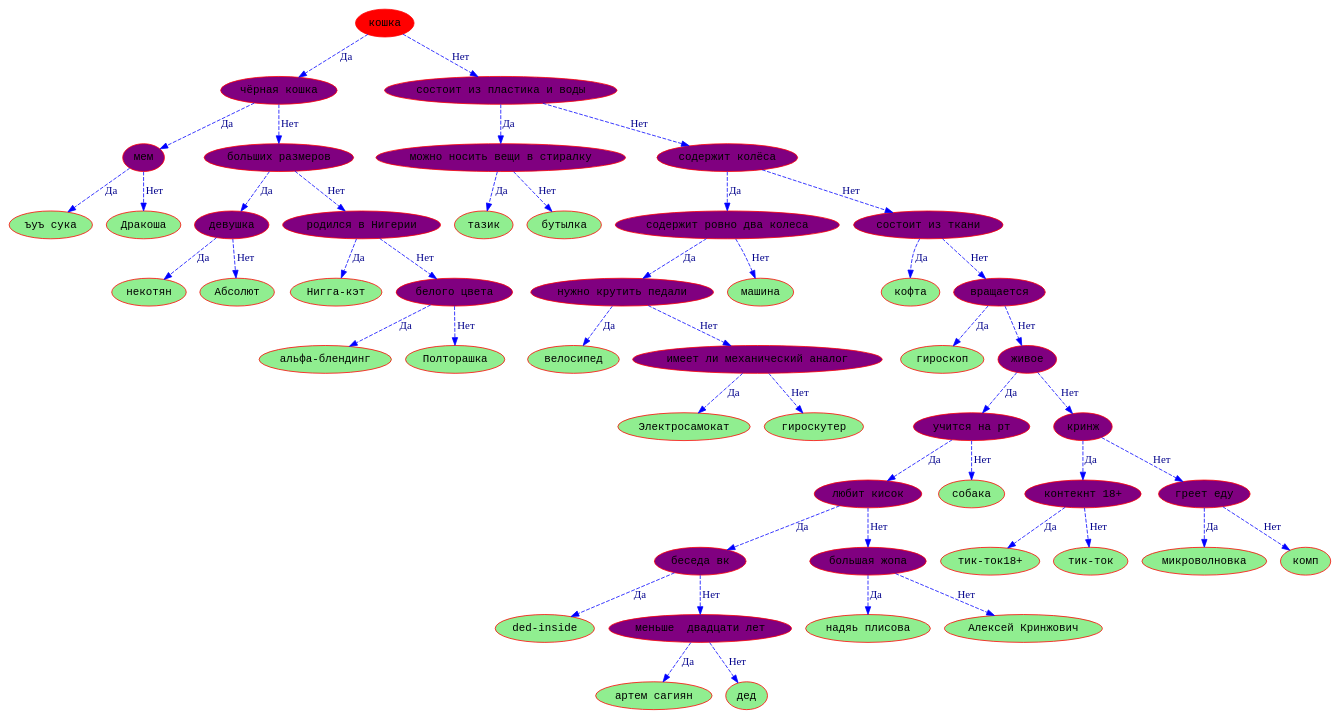
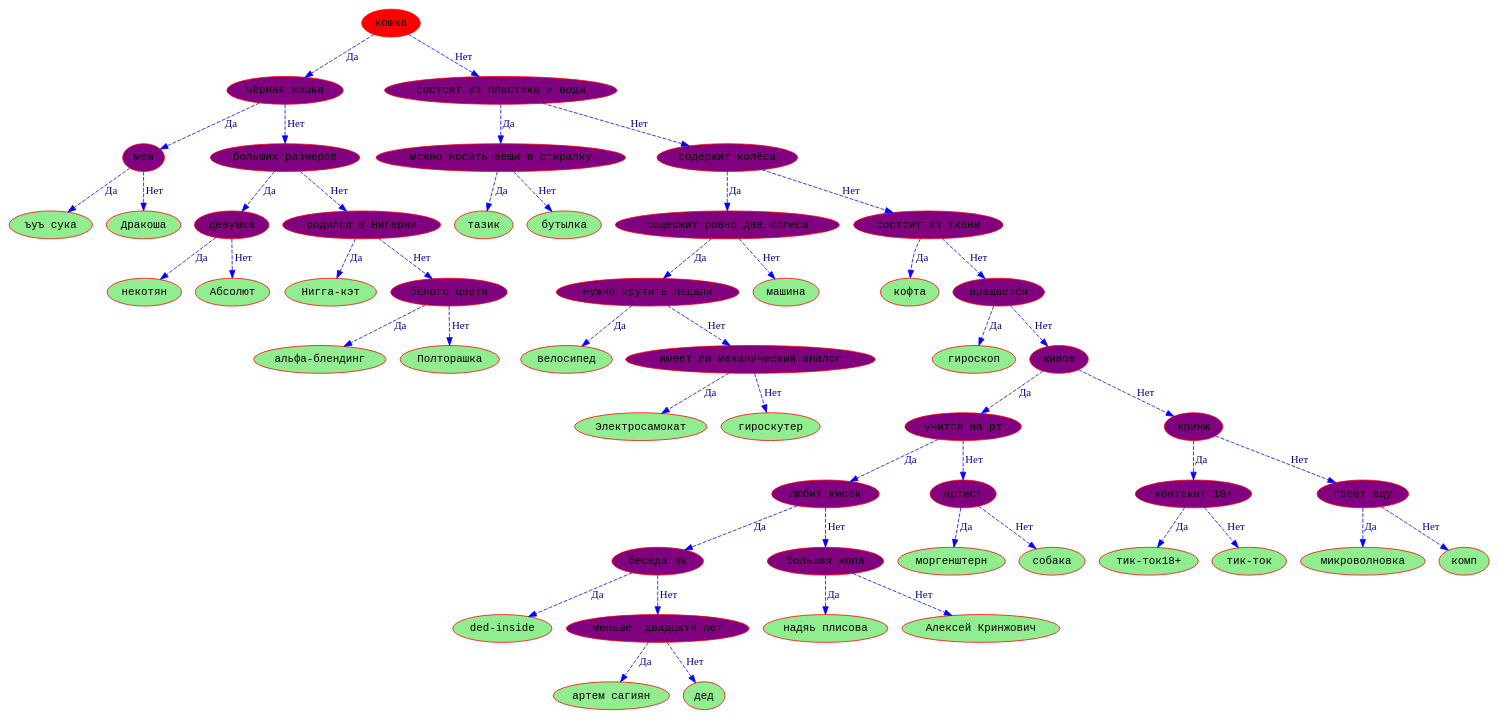
Before and after one commit to Hollbrok/Akinator: the diagram in DOWNLOAD TO PLAY/beauty_tree.dot, drawn with Graphviz. The commit also changed 2 other files, not shown here.

Commit message:
ADD 2 regime of playing: PLAY CONSOLE.exe and PLAY GRAPHIC.exe

```diff
--- a/DOWNLOAD TO PLAY/beauty_tree.dot
+++ b/DOWNLOAD TO PLAY/beauty_tree.dot
@@ -1,101 +1,105 @@
 digraph akinator {
 node [color = Red, fontname = Courier, style = filled, shape=ellipse, fillcolor = purple]
 edge [color = Blue, style=dashed]
-"00E8F750" [label = "ъуъ сука",style = filled, fillcolor = lightgreen] 
-"00E8F708" -> "00E8F750" [label="Да", fontcolor=darkblue]
-"00E8F3A8" [label = "Дракоша",style = filled, fillcolor = lightgreen] 
-"00E8F708" -> "00E8F3A8" [label="Нет", fontcolor=darkblue]
-"00E8F708" [label = "мем",style = filled, fillcolor = purple] 
-"00E8F360" -> "00E8F708" [label="Да", fontcolor=darkblue]
-"00E8F7E0" [label = "некотян",style = filled, fillcolor = lightgreen] 
-"00E8F510" -> "00E8F7E0" [label="Да", fontcolor=darkblue]
-"00E8F5E8" [label = "Абсолют",style = filled, fillcolor = lightgreen] 
-"00E8F510" -> "00E8F5E8" [label="Нет", fontcolor=darkblue]
-"00E8F510" [label = "девушка",style = filled, fillcolor = purple] 
-"00E8F630" -> "00E8F510" [label="Да", fontcolor=darkblue]
-"00E8F6C0" [label = "Нигга-кэт",style = filled, fillcolor = lightgreen] 
-"00E8F678" -> "00E8F6C0" [label="Да", fontcolor=darkblue]
-"00E8F480" [label = "альфа-блендинг",style = filled, fillcolor = lightgreen] 
-"00E8F828" -> "00E8F480" [label="Да", fontcolor=darkblue]
-"00E8F870" [label = "Полторашка",style = filled, fillcolor = lightgreen] 
-"00E8F828" -> "00E8F870" [label="Нет", fontcolor=darkblue]
-"00E8F828" [label = "белого цвета",style = filled, fillcolor = purple] 
-"00E8F678" -> "00E8F828" [label="Нет", fontcolor=darkblue]
-"00E8F678" [label = "родился в Нигерии",style = filled, fillcolor = purple] 
-"00E8F630" -> "00E8F678" [label="Нет", fontcolor=darkblue]
-"00E8F630" [label = "больших размеров",style = filled, fillcolor = purple] 
-"00E8F360" -> "00E8F630" [label="Нет", fontcolor=darkblue]
-"00E8F360" [label = "чёрная кошка",style = filled, fillcolor = purple] 
-"00E86418" -> "00E8F360" [label="Да", fontcolor=darkblue]
-"00E75FC8" [label = "тазик",style = filled, fillcolor = lightgreen] 
-"00E86C40" -> "00E75FC8" [label="Да", fontcolor=darkblue]
-"00E86CD0" [label = "бутылка",style = filled, fillcolor = lightgreen] 
-"00E86C40" -> "00E86CD0" [label="Нет", fontcolor=darkblue]
-"00E86C40" [label = "можно носить вещи в стиралку",style = filled, fillcolor = purple] 
-"00E86850" -> "00E86C40" [label="Да", fontcolor=darkblue]
-"00E86A48" [label = "велосипед",style = filled, fillcolor = lightgreen] 
-"00E869B8" -> "00E86A48" [label="Да", fontcolor=darkblue]
-"00E86A00" [label = "Электросамокат",style = filled, fillcolor = lightgreen] 
-"00E86BB0" -> "00E86A00" [label="Да", fontcolor=darkblue]
-"00E86BF8" [label = "гироскутер",style = filled, fillcolor = lightgreen] 
-"00E86BB0" -> "00E86BF8" [label="Нет", fontcolor=darkblue]
-"00E86BB0" [label = "имеет ли механический аналог",style = filled, fillcolor = purple] 
-"00E869B8" -> "00E86BB0" [label="Нет", fontcolor=darkblue]
-"00E869B8" [label = "нужно крутить педали",style = filled, fillcolor = purple] 
-"00E86E80" -> "00E869B8" [label="Да", fontcolor=darkblue]
-"00E86EC8" [label = "машина",style = filled, fillcolor = lightgreen] 
-"00E86E80" -> "00E86EC8" [label="Нет", fontcolor=darkblue]
-"00E86E80" [label = "содержит ровно два колеса",style = filled, fillcolor = purple] 
-"00E86100" -> "00E86E80" [label="Да", fontcolor=darkblue]
-"00E86DF0" [label = "кофта",style = filled, fillcolor = lightgreen] 
-"00E86220" -> "00E86DF0" [label="Да", fontcolor=darkblue]
-"00E86928" [label = "гироскоп",style = filled, fillcolor = lightgreen] 
-"00E86538" -> "00E86928" [label="Да", fontcolor=darkblue]
-"00E86E38" [label = "ded-inside",style = filled, fillcolor = lightgreen] 
-"00E86FA0" -> "00E86E38" [label="Да", fontcolor=darkblue]
-"00E86F10" [label = "артем сагиян",style = filled, fillcolor = lightgreen] 
-"00E86DA8" -> "00E86F10" [label="Да", fontcolor=darkblue]
-"00E86C88" [label = "дед",style = filled, fillcolor = lightgreen] 
-"00E86DA8" -> "00E86C88" [label="Нет", fontcolor=darkblue]
-"00E86DA8" [label = "меньше  двадцати лет",style = filled, fillcolor = purple] 
-"00E86FA0" -> "00E86DA8" [label="Нет", fontcolor=darkblue]
-"00E86FA0" [label = "беседа вк",style = filled, fillcolor = purple] 
-"00E86970" -> "00E86FA0" [label="Да", fontcolor=darkblue]
-"00E86B68" [label = "надяь плисова",style = filled, fillcolor = lightgreen] 
-"00E86B20" -> "00E86B68" [label="Да", fontcolor=darkblue]
-"00E86D60" [label = "Алексей Кринжович",style = filled, fillcolor = lightgreen] 
-"00E86B20" -> "00E86D60" [label="Нет", fontcolor=darkblue]
-"00E86B20" [label = "большая жопа",style = filled, fillcolor = purple] 
-"00E86970" -> "00E86B20" [label="Нет", fontcolor=darkblue]
-"00E86970" [label = "любит кисок",style = filled, fillcolor = purple] 
-"00E86AD8" -> "00E86970" [label="Да", fontcolor=darkblue]
-"00E86F58" [label = "собака",style = filled, fillcolor = lightgreen] 
-"00E86AD8" -> "00E86F58" [label="Нет", fontcolor=darkblue]
-"00E86AD8" [label = "учится на рт",style = filled, fillcolor = purple] 
-"00E86070" -> "00E86AD8" [label="Да", fontcolor=darkblue]
-"00E86A90" [label = "тик-ток18+",style = filled, fillcolor = lightgreen] 
-"00E86190" -> "00E86A90" [label="Да", fontcolor=darkblue]
-"00E86D18" [label = "тик-ток",style = filled, fillcolor = lightgreen] 
-"00E86190" -> "00E86D18" [label="Нет", fontcolor=darkblue]
-"00E86190" [label = "контекнт 18+",style = filled, fillcolor = purple] 
-"00E86898" -> "00E86190" [label="Да", fontcolor=darkblue]
-"00E86148" [label = "микроволновка",style = filled, fillcolor = lightgreen] 
-"00E868E0" -> "00E86148" [label="Да", fontcolor=darkblue]
-"00E860B8" [label = "комп",style = filled, fillcolor = lightgreen] 
-"00E868E0" -> "00E860B8" [label="Нет", fontcolor=darkblue]
-"00E868E0" [label = "греет еду",style = filled, fillcolor = purple] 
-"00E86898" -> "00E868E0" [label="Нет", fontcolor=darkblue]
-"00E86898" [label = "кринж",style = filled, fillcolor = purple] 
-"00E86070" -> "00E86898" [label="Нет", fontcolor=darkblue]
-"00E86070" [label = "живое",style = filled, fillcolor = purple] 
-"00E86538" -> "00E86070" [label="Нет", fontcolor=darkblue]
-"00E86538" [label = "вращается",style = filled, fillcolor = purple] 
-"00E86220" -> "00E86538" [label="Нет", fontcolor=darkblue]
-"00E86220" [label = "состоит из ткани",style = filled, fillcolor = purple] 
-"00E86100" -> "00E86220" [label="Нет", fontcolor=darkblue]
-"00E86100" [label = "содержит колёса",style = filled, fillcolor = purple] 
-"00E86850" -> "00E86100" [label="Нет", fontcolor=darkblue]
-"00E86850" [label = "состоит из пластика и воды",style = filled, fillcolor = purple] 
-"00E86418" -> "00E86850" [label="Нет", fontcolor=darkblue]
-"00E86418" [label = "кошка",style = filled, fillcolor = red] 
+"00956C40" [label = "ъуъ сука",style = filled, fillcolor = lightgreen] 
+"00957108" -> "00956C40" [label="Да", fontcolor=darkblue]
+"00957468" [label = "Дракоша",style = filled, fillcolor = lightgreen] 
+"00957108" -> "00957468" [label="Нет", fontcolor=darkblue]
+"00957108" [label = "мем",style = filled, fillcolor = purple] 
+"009572B8" -> "00957108" [label="Да", fontcolor=darkblue]
+"00956D18" [label = "некотян",style = filled, fillcolor = lightgreen] 
+"00957300" -> "00956D18" [label="Да", fontcolor=darkblue]
+"00956FA0" [label = "Абсолют",style = filled, fillcolor = lightgreen] 
+"00957300" -> "00956FA0" [label="Нет", fontcolor=darkblue]
+"00957300" [label = "девушка",style = filled, fillcolor = purple] 
+"009574B0" -> "00957300" [label="Да", fontcolor=darkblue]
+"009571E0" [label = "Нигга-кэт",style = filled, fillcolor = lightgreen] 
+"009573D8" -> "009571E0" [label="Да", fontcolor=darkblue]
+"00957420" [label = "альфа-блендинг",style = filled, fillcolor = lightgreen] 
+"00957270" -> "00957420" [label="Да", fontcolor=darkblue]
+"009570C0" [label = "Полторашка",style = filled, fillcolor = lightgreen] 
+"00957270" -> "009570C0" [label="Нет", fontcolor=darkblue]
+"00957270" [label = "белого цвета",style = filled, fillcolor = purple] 
+"009573D8" -> "00957270" [label="Нет", fontcolor=darkblue]
+"009573D8" [label = "родился в Нигерии",style = filled, fillcolor = purple] 
+"009574B0" -> "009573D8" [label="Нет", fontcolor=darkblue]
+"009574B0" [label = "больших размеров",style = filled, fillcolor = purple] 
+"009572B8" -> "009574B0" [label="Нет", fontcolor=darkblue]
+"009572B8" [label = "чёрная кошка",style = filled, fillcolor = purple] 
+"0094B4A8" -> "009572B8" [label="Да", fontcolor=darkblue]
+"00957390" [label = "тазик",style = filled, fillcolor = lightgreen] 
+"00957348" -> "00957390" [label="Да", fontcolor=darkblue]
+"00956CD0" [label = "бутылка",style = filled, fillcolor = lightgreen] 
+"00957348" -> "00956CD0" [label="Нет", fontcolor=darkblue]
+"00957348" [label = "можно носить вещи в стиралку",style = filled, fillcolor = purple] 
+"0094B100" -> "00957348" [label="Да", fontcolor=darkblue]
+"0093BE08" [label = "велосипед",style = filled, fillcolor = lightgreen] 
+"0094BBF8" -> "0093BE08" [label="Да", fontcolor=darkblue]
+"0094BC88" [label = "Электросамокат",style = filled, fillcolor = lightgreen] 
+"0094BA90" -> "0094BC88" [label="Да", fontcolor=darkblue]
+"0094BDF0" [label = "гироскутер",style = filled, fillcolor = lightgreen] 
+"0094BA90" -> "0094BDF0" [label="Нет", fontcolor=darkblue]
+"0094BA90" [label = "имеет ли механический аналог",style = filled, fillcolor = purple] 
+"0094BBF8" -> "0094BA90" [label="Нет", fontcolor=darkblue]
+"0094BBF8" [label = "нужно крутить педали",style = filled, fillcolor = purple] 
+"0094BA48" -> "0094BBF8" [label="Да", fontcolor=darkblue]
+"0094BDA8" [label = "машина",style = filled, fillcolor = lightgreen] 
+"0094BA48" -> "0094BDA8" [label="Нет", fontcolor=darkblue]
+"0094BA48" [label = "содержит ровно два колеса",style = filled, fillcolor = purple] 
+"0094B418" -> "0094BA48" [label="Да", fontcolor=darkblue]
+"0094BCD0" [label = "кофта",style = filled, fillcolor = lightgreen] 
+"0094B538" -> "0094BCD0" [label="Да", fontcolor=darkblue]
+"0094B970" [label = "гироскоп",style = filled, fillcolor = lightgreen] 
+"0094B5C8" -> "0094B970" [label="Да", fontcolor=darkblue]
+"0094BB68" [label = "ded-inside",style = filled, fillcolor = lightgreen] 
+"0094BF10" -> "0094BB68" [label="Да", fontcolor=darkblue]
+"0094BD60" [label = "артем сагиян",style = filled, fillcolor = lightgreen] 
+"0094B928" -> "0094BD60" [label="Да", fontcolor=darkblue]
+"0094BC40" [label = "дед",style = filled, fillcolor = lightgreen] 
+"0094B928" -> "0094BC40" [label="Нет", fontcolor=darkblue]
+"0094B928" [label = "меньше  двадцати лет",style = filled, fillcolor = purple] 
+"0094BF10" -> "0094B928" [label="Нет", fontcolor=darkblue]
+"0094BF10" [label = "беседа вк",style = filled, fillcolor = purple] 
+"0094BE38" -> "0094BF10" [label="Да", fontcolor=darkblue]
+"0094BEC8" [label = "надяь плисова",style = filled, fillcolor = lightgreen] 
+"0094BE80" -> "0094BEC8" [label="Да", fontcolor=darkblue]
+"0094BA00" [label = "Алексей Кринжович",style = filled, fillcolor = lightgreen] 
+"0094BE80" -> "0094BA00" [label="Нет", fontcolor=darkblue]
+"0094BE80" [label = "большая жопа",style = filled, fillcolor = purple] 
+"0094BE38" -> "0094BE80" [label="Нет", fontcolor=darkblue]
+"0094BE38" [label = "любит кисок",style = filled, fillcolor = purple] 
+"0094BD18" -> "0094BE38" [label="Да", fontcolor=darkblue]
+"0094B8E0" [label = "моргенштерн",style = filled, fillcolor = lightgreen] 
+"0094BAD8" -> "0094B8E0" [label="Да", fontcolor=darkblue]
+"0094B898" [label = "собака",style = filled, fillcolor = lightgreen] 
+"0094BAD8" -> "0094B898" [label="Нет", fontcolor=darkblue]
+"0094BAD8" [label = "артист",style = filled, fillcolor = purple] 
+"0094BD18" -> "0094BAD8" [label="Нет", fontcolor=darkblue]
+"0094BD18" [label = "учится на рт",style = filled, fillcolor = purple] 
+"0094B7C0" -> "0094BD18" [label="Да", fontcolor=darkblue]
+"0094BBB0" [label = "тик-ток18+",style = filled, fillcolor = lightgreen] 
+"0094BB20" -> "0094BBB0" [label="Да", fontcolor=darkblue]
+"0094B9B8" [label = "тик-ток",style = filled, fillcolor = lightgreen] 
+"0094BB20" -> "0094B9B8" [label="Нет", fontcolor=darkblue]
+"0094BB20" [label = "контекнт 18+",style = filled, fillcolor = purple] 
+"0094B850" -> "0094BB20" [label="Да", fontcolor=darkblue]
+"0094B220" [label = "микроволновка",style = filled, fillcolor = lightgreen] 
+"0094B610" -> "0094B220" [label="Да", fontcolor=darkblue]
+"0094B190" [label = "комп",style = filled, fillcolor = lightgreen] 
+"0094B610" -> "0094B190" [label="Нет", fontcolor=darkblue]
+"0094B610" [label = "греет еду",style = filled, fillcolor = purple] 
+"0094B850" -> "0094B610" [label="Нет", fontcolor=darkblue]
+"0094B850" [label = "кринж",style = filled, fillcolor = purple] 
+"0094B7C0" -> "0094B850" [label="Нет", fontcolor=darkblue]
+"0094B7C0" [label = "живое",style = filled, fillcolor = purple] 
+"0094B5C8" -> "0094B7C0" [label="Нет", fontcolor=darkblue]
+"0094B5C8" [label = "вращается",style = filled, fillcolor = purple] 
+"0094B538" -> "0094B5C8" [label="Нет", fontcolor=darkblue]
+"0094B538" [label = "состоит из ткани",style = filled, fillcolor = purple] 
+"0094B418" -> "0094B538" [label="Нет", fontcolor=darkblue]
+"0094B418" [label = "содержит колёса",style = filled, fillcolor = purple] 
+"0094B100" -> "0094B418" [label="Нет", fontcolor=darkblue]
+"0094B100" [label = "состоит из пластика и воды",style = filled, fillcolor = purple] 
+"0094B4A8" -> "0094B100" [label="Нет", fontcolor=darkblue]
+"0094B4A8" [label = "кошка",style = filled, fillcolor = red] 
 }
```
